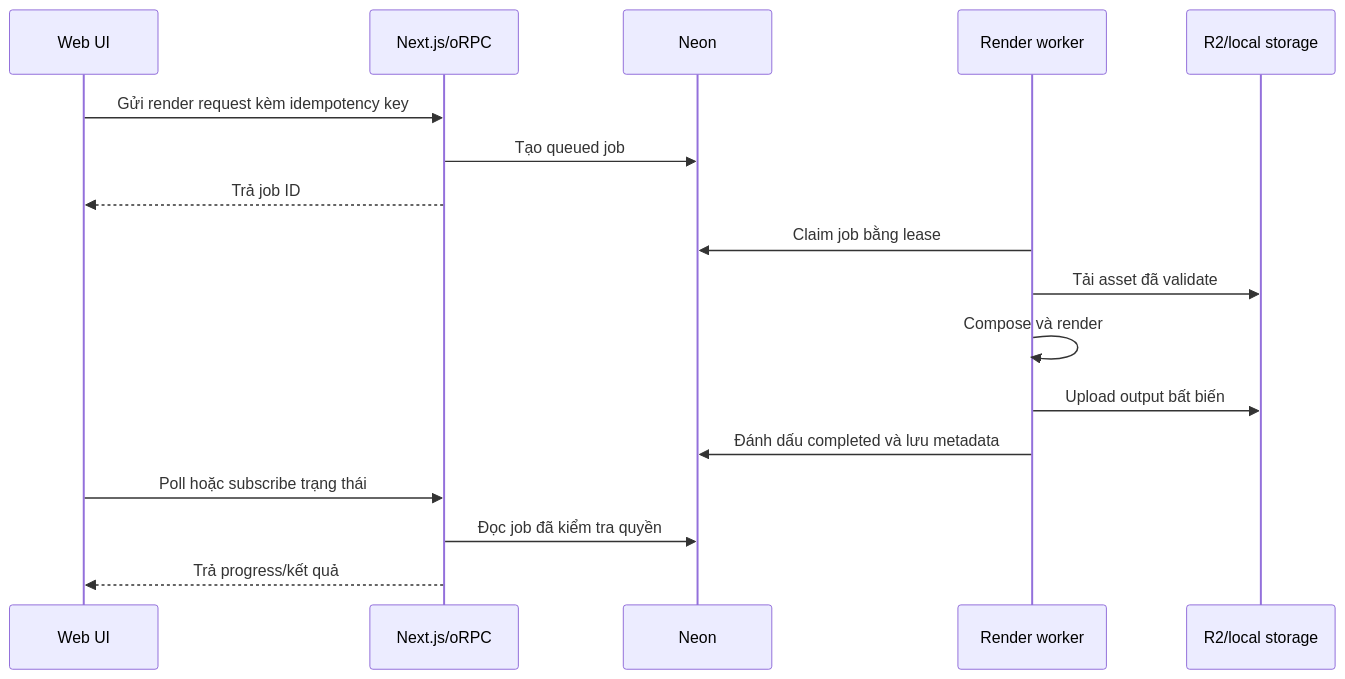
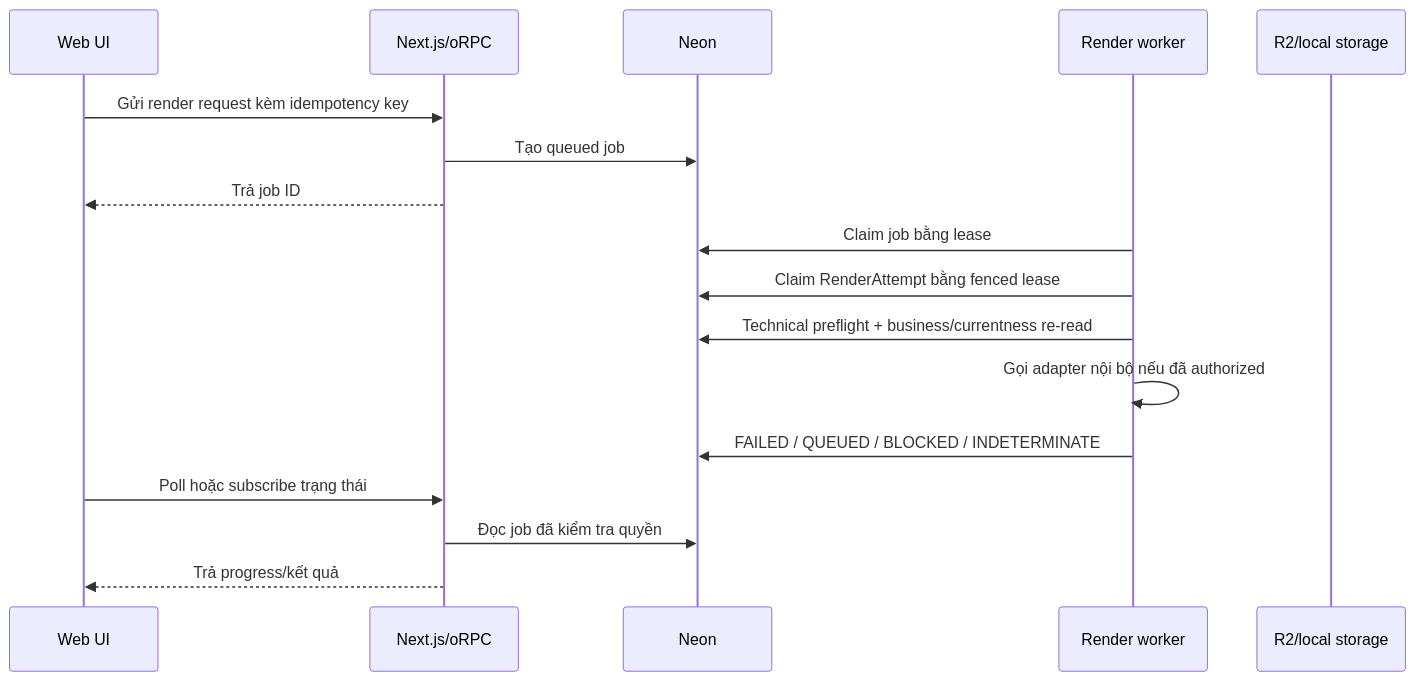
The second of 2 diagrams in docs/architecture.md (TXHoai2309/affichannel), drawn with Mermaid before and after one commit. The commit also changed other lines of this file and 24 other files, not shown here.

Commit message:
feat: add fenced render job orchestration

````diff
--- a/docs/architecture.md
+++ b/docs/architecture.md
@@ -328,20 +328,20 @@
 ```mermaid
 sequenceDiagram
     participant UI as Web UI
     participant API as Next.js/oRPC
     participant DB as Neon
     participant Worker as Render worker
     participant Store as R2/local storage
 
     UI->>API: Gửi render request kèm idempotency key
     API->>DB: Tạo queued job
     API-->>UI: Trả job ID
     Worker->>DB: Claim job bằng lease
-    Worker->>Store: Tải asset đã validate
-    Worker->>Worker: Compose và render
-    Worker->>Store: Upload output bất biến
-    Worker->>DB: Đánh dấu completed và lưu metadata
+    Worker->>DB: Claim RenderAttempt bằng fenced lease
+    Worker->>DB: Technical preflight + business/currentness re-read
+    Worker->>Worker: Gọi adapter nội bộ nếu đã authorized
+    Worker->>DB: FAILED / QUEUED / BLOCKED / INDETERMINATE
     UI->>API: Poll hoặc subscribe trạng thái
     API->>DB: Đọc job đã kiểm tra quyền
     API-->>UI: Trả progress/kết quả
 ```
````
